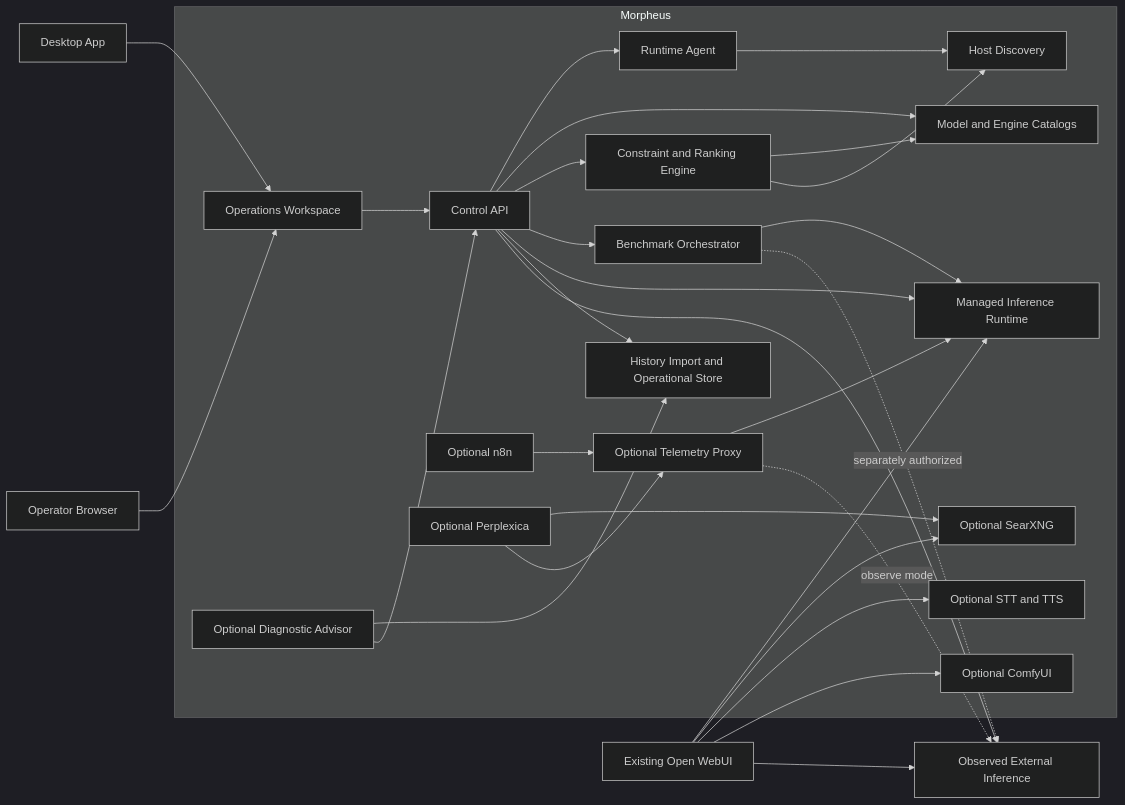
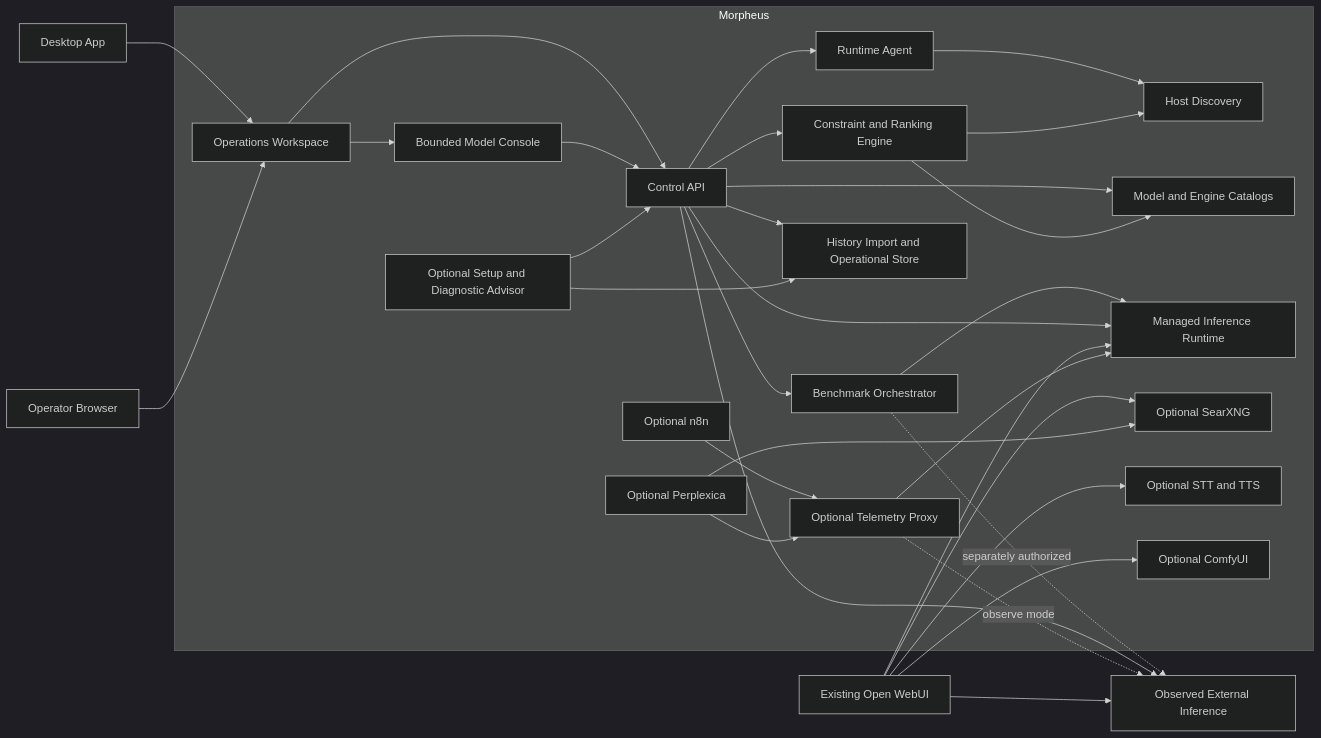
Before and after one commit to jpvelasco/morpheus: the diagram in docs/ARCHITECTURE.md, drawn with Mermaid (dark theme). The commit also changed other lines of this file and 10 other files, not shown here.

Commit message:
docs: add bounded model console plan

````diff
--- a/docs/ARCHITECTURE.md
+++ b/docs/ARCHITECTURE.md
@@ -31,54 +31,57 @@
 ```mermaid
 flowchart LR
     Desktop[Desktop App]
     Browser[Operator Browser]
     WebUI[Existing Open WebUI]
     External[Observed External Inference]
 
     subgraph Morpheus
         Dashboard[Operations Workspace]
+        Console[Bounded Model Console]
         API[Control API]
         Agent[Runtime Agent]
         Discovery[Host Discovery]
         Catalogs[Model and Engine Catalogs]
         Selector[Constraint and Ranking Engine]
         Campaigns[Benchmark Orchestrator]
         Managed[Managed Inference Runtime]
         Store[History Import and Operational Store]
-        Advisor[Optional Diagnostic Advisor]
+        Advisor[Optional Setup and Diagnostic Advisor]
         Telemetry[Optional Telemetry Proxy]
         Search[Optional SearXNG]
         Voice[Optional STT and TTS]
         Workflow[Optional n8n]
         Research[Optional Perplexica]
         Images[Optional ComfyUI]
     end
 
     Desktop --> Dashboard
     Browser --> Dashboard
     Dashboard --> API
+    Dashboard --> Console
+    Console --> API
     API --> Agent
     Agent --> Discovery
     API --> Catalogs
     API --> Selector
     Selector --> Catalogs
     Selector --> Discovery
     API --> Campaigns
     Campaigns --> Managed
     Campaigns -. separately authorized .-> External
     API --> Managed
     API --> Store
     Advisor --> Store
     Advisor --> API
     API --> External
     WebUI --> Managed
     WebUI --> External
     WebUI --> Search
     WebUI --> Voice
     WebUI --> Images
     Telemetry --> Managed
     Telemetry -. observe mode .-> External
     Workflow --> Telemetry
     Research --> Search
     Research --> Telemetry
 ```
````
